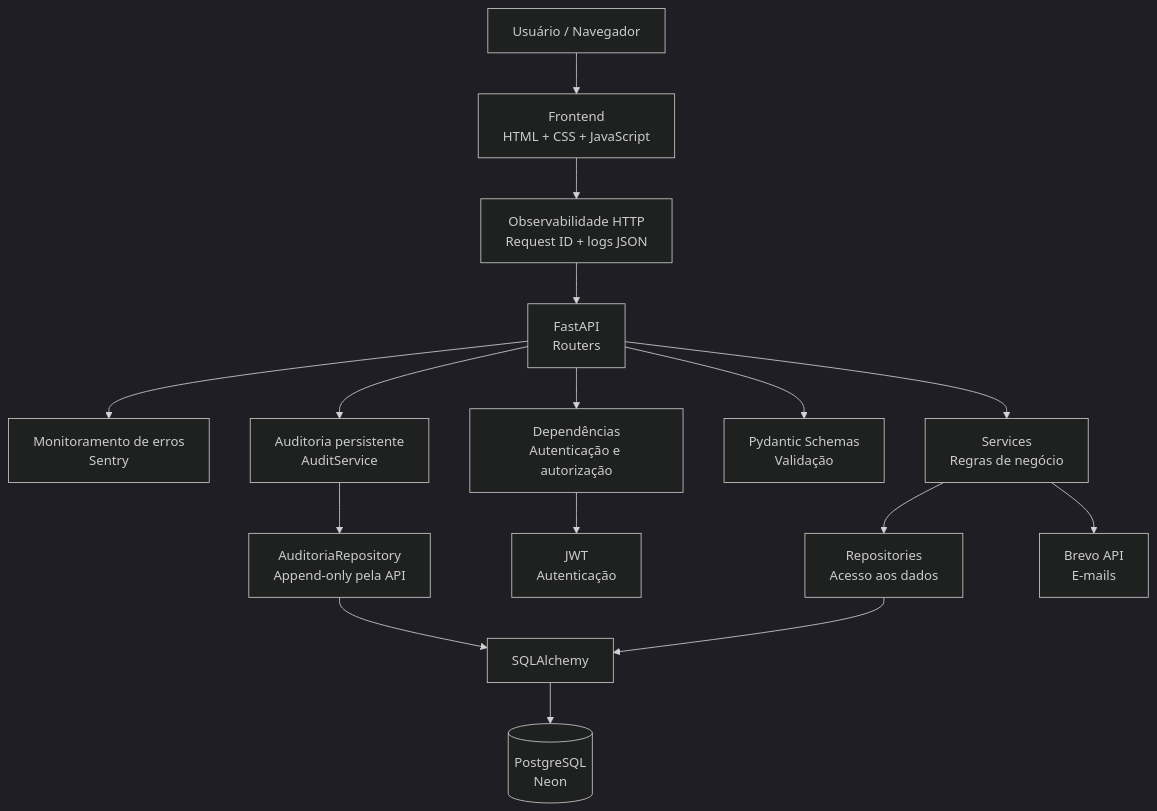
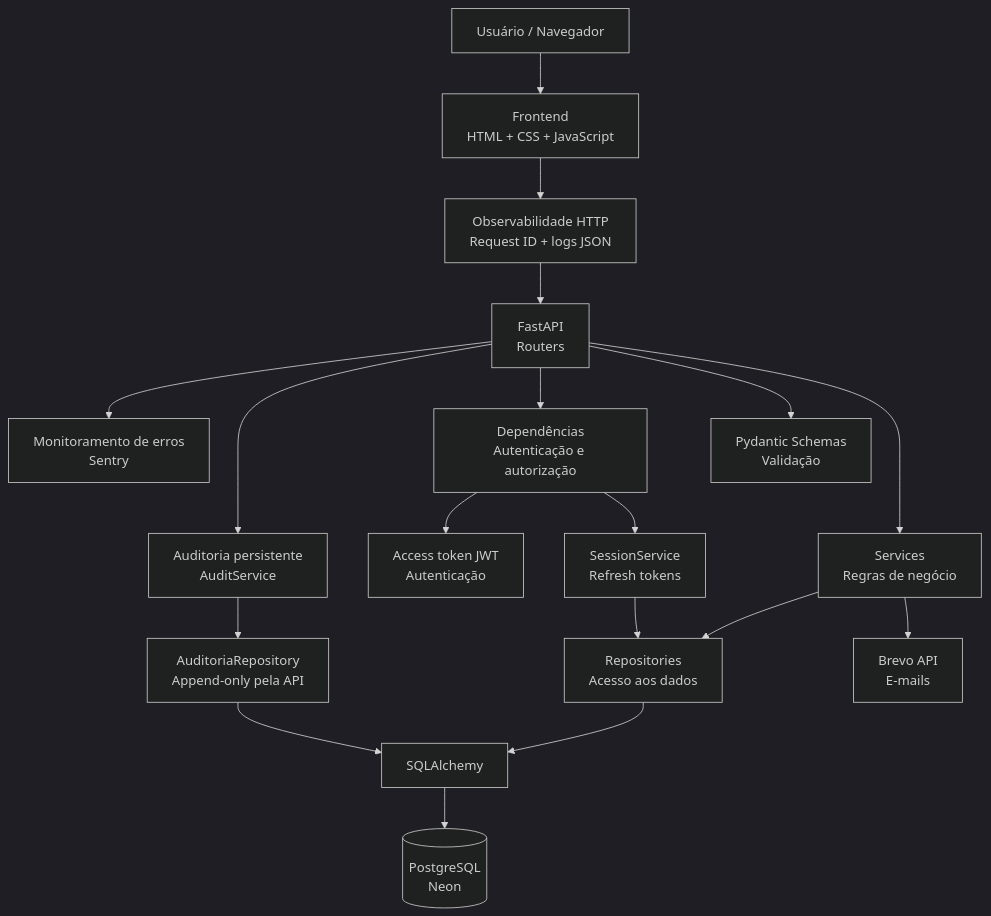
The diagram in docs/arquitetura.md (Jefferson21092008/locadora-fastapi), drawn with Mermaid (dark theme) before and after one commit. The commit also changed other lines of this file and 32 other files, not shown here.

Commit message:
feat: adiciona refresh tokens e gerenciamento de sessoes

````diff
--- a/docs/arquitetura.md
+++ b/docs/arquitetura.md
@@ -9,52 +9,56 @@
 ```mermaid
 flowchart TD
     U[Usuário / Navegador]
 
     F[Frontend<br>HTML + CSS + JavaScript]
 
     OBS[Observabilidade HTTP<br>Request ID + logs JSON]
 
     ERR[Monitoramento de erros<br>Sentry]
 
     AUD[Auditoria persistente<br>AuditService]
 
     API[FastAPI<br>Routers]
 
     DEP[Dependências<br>Autenticação e autorização]
 
     SCH[Pydantic Schemas<br>Validação]
 
     SER[Services<br>Regras de negócio]
 
     REP[Repositories<br>Acesso aos dados]
 
     AREP[AuditoriaRepository<br>Append-only pela API]
 
     ORM[SQLAlchemy]
 
     DB[(PostgreSQL<br>Neon)]
 
-    JWT[JWT<br>Autenticação]
+    JWT[Access token JWT<br>Autenticação]
+
+    SES[SessionService<br>Refresh tokens]
 
     EMAIL[Brevo API<br>E-mails]
 
     U --> F
     F --> OBS
     OBS --> API
     API --> ERR
     API --> AUD
 
     API --> DEP
     API --> SCH
 
     DEP --> JWT
+    DEP --> SES
+    SES --> REP
 
     API --> SER
     SER --> REP
     AUD --> AREP
     REP --> ORM
     AREP --> ORM
     ORM --> DB
 
     SER --> EMAIL
 ```
````
